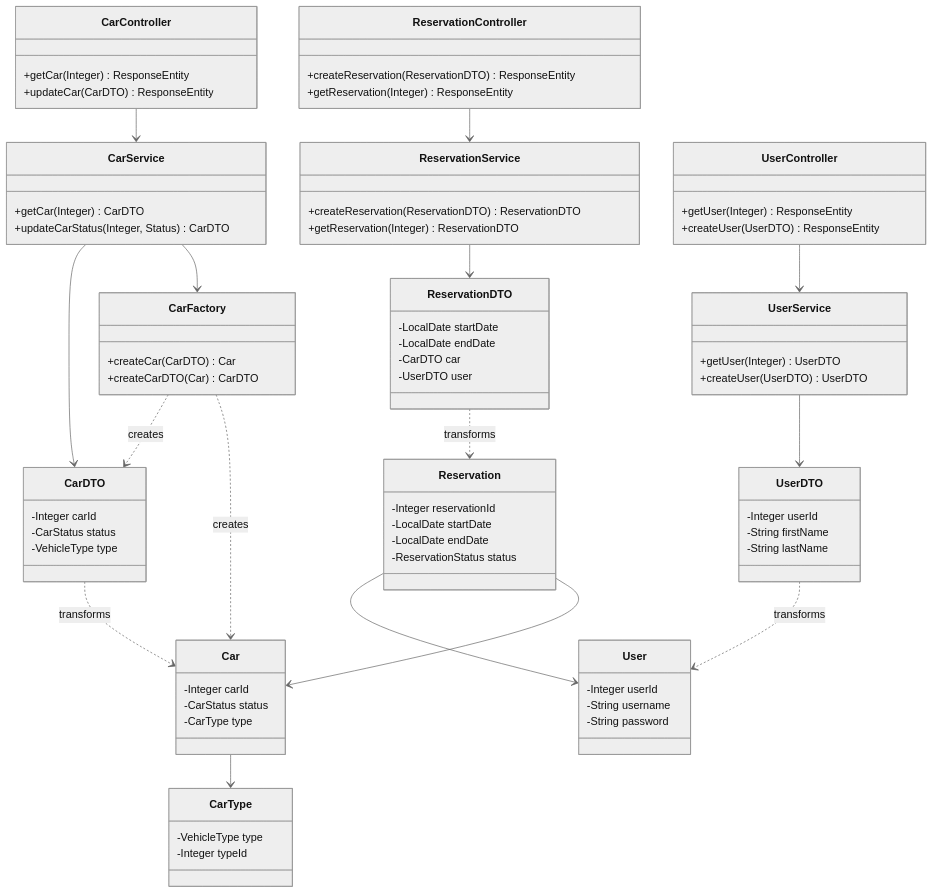
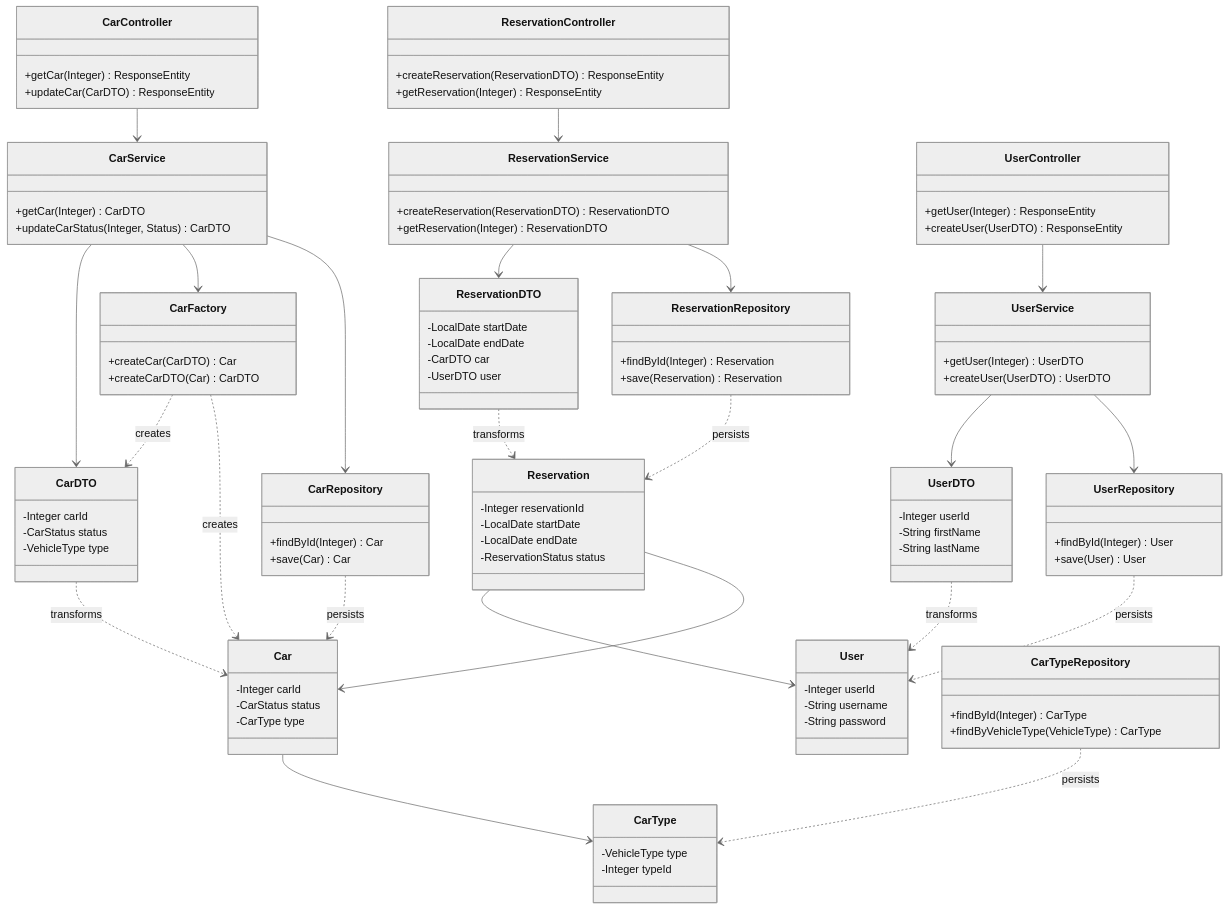
One commit to dmickelson/CarRentalProject changed the first of 2 diagrams in README.md. Above: the diagram before and after it, drawn with Mermaid (neutral theme). The commit also changed other lines of this file, not shown here.

````diff
--- a/README.md
+++ b/README.md
@@ -82,26 +90,26 @@
 ```mermaid
 classDiagram
-%% Core Domain Entities
-class Car {
--Integer carId
--CarStatus status
--CarType type
-}
-class CarType {
--VehicleType type
--Integer typeId
-}
-class Reservation {
--Integer reservationId
--LocalDate startDate
--LocalDate endDate
--ReservationStatus status
-}
-class User {
--Integer userId
--String username
--String password
-}
+    %% Core Domain Entities
+    class Car {
+        -Integer carId
+        -CarStatus status
+        -CarType type
+    }
+    class CarType {
+        -VehicleType type
+        -Integer typeId
+    }
+    class Reservation {
+        -Integer reservationId
+        -LocalDate startDate
+        -LocalDate endDate
+        -ReservationStatus status
+    }
+    class User {
+        -Integer userId
+        -String username
+        -String password
+    }
 
     %% DTOs
     class CarDTO {
@@ -119,6 +127,24 @@
         -Integer userId
         -String firstName
         -String lastName
+    }
+
+    %% Repositories
+    class CarRepository {
+        +findById(Integer) Car
+        +save(Car) Car
+    }
+    class ReservationRepository {
+        +findById(Integer) Reservation
+        +save(Reservation) Reservation
+    }
+    class UserRepository {
+        +findById(Integer) User
+        +save(User) User
+    }
+    class CarTypeRepository {
+        +findById(Integer) CarType
+        +findByVehicleType(VehicleType) CarType
     }
 
     %% Services
@@ -164,9 +190,12 @@
     ReservationController --> ReservationService
     UserController --> UserService
 
+    CarService --> CarRepository
     CarService --> CarFactory
     CarService --> CarDTO
+    ReservationService --> ReservationRepository
     ReservationService --> ReservationDTO
+    UserService --> UserRepository
     UserService --> UserDTO
 
     CarFactory ..> Car : creates
@@ -176,4 +205,9 @@
     ReservationDTO ..> Reservation : transforms
     UserDTO ..> User : transforms
 
+    CarRepository ..> Car : persists
+    ReservationRepository ..> Reservation : persists
+    UserRepository ..> User : persists
+    CarTypeRepository ..> CarType : persists
+
 ```
````
